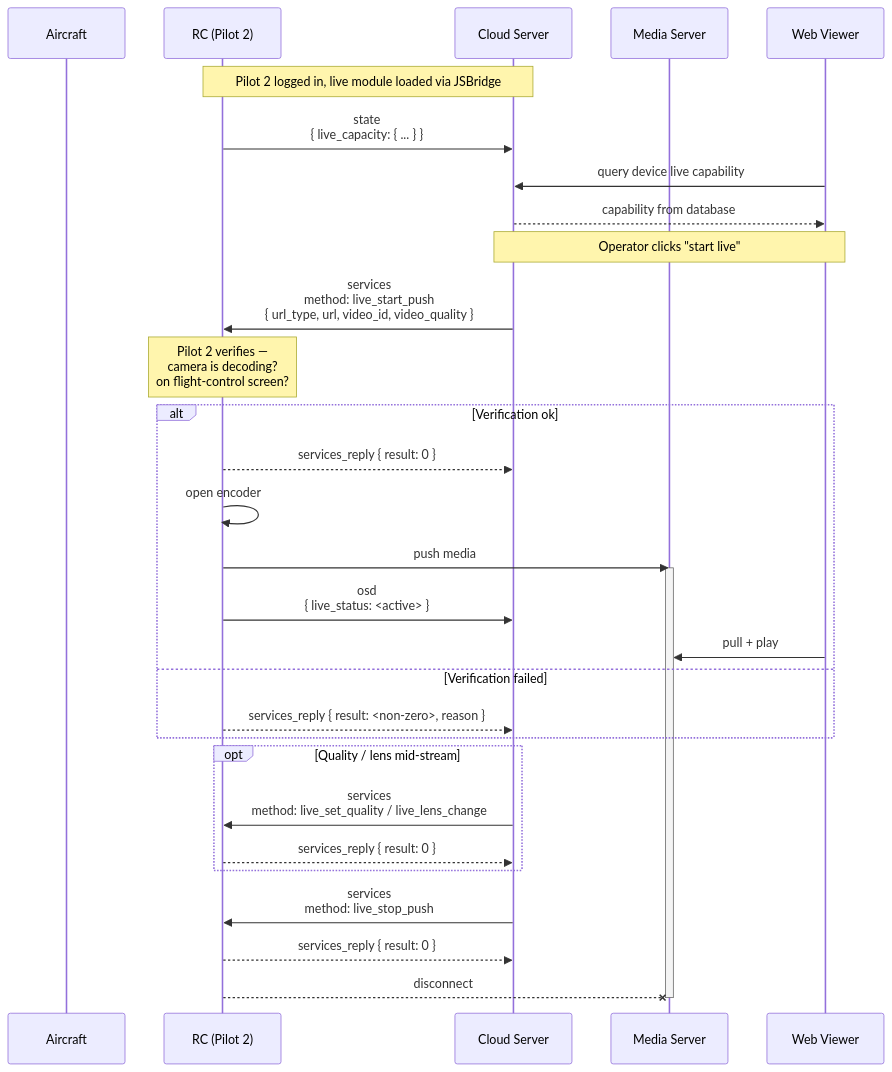
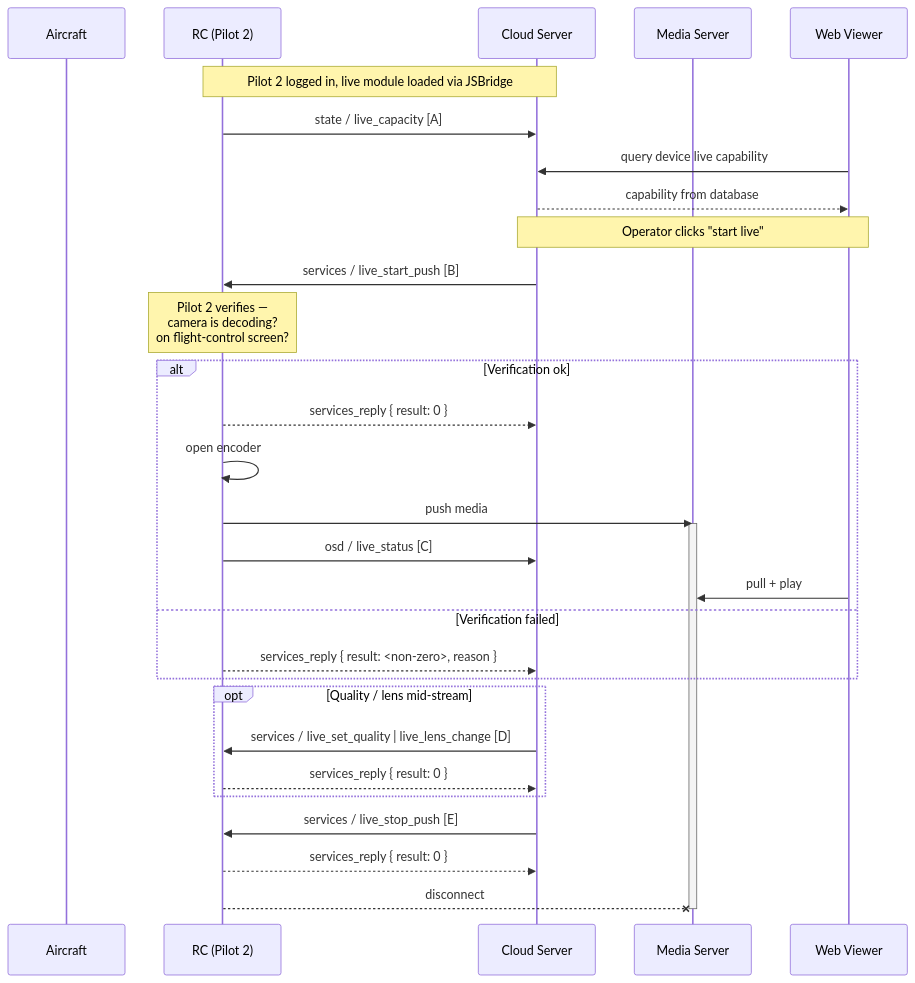
The second of 3 diagrams in master-docs/workflows/livestream-start-stop.md (larry-watkins-wps/DJI-docs-master), drawn with Mermaid before and after one commit. The commit also changed other lines of this file and 10 other files, not shown here.

First line of the commit message:
docs: beautify workflow mermaid diagrams with separate JSON payload blocks

````diff
--- a/master-docs/workflows/livestream-start-stop.md
+++ b/master-docs/workflows/livestream-start-stop.md
@@ -89,39 +217,39 @@
 ```mermaid
 sequenceDiagram
     participant aircraft as Aircraft
     participant rc as RC (Pilot 2)
     participant cloud as Cloud Server
     participant media as Media Server
     participant web as Web Viewer
 
     note over rc,cloud: Pilot 2 logged in, live module loaded via JSBridge
-    rc ->> cloud: state<br/>{ live_capacity: { ... } }
+    rc ->> cloud: state / live_capacity   [A]
 
     web ->> cloud: query device live capability
     cloud -->> web: capability from database
 
     note over web,cloud: Operator clicks "start live"
-    cloud ->> rc: services<br/>method: live_start_push<br/>{ url_type, url, video_id, video_quality }
+    cloud ->> rc: services / live_start_push   [B]
     note over rc: Pilot 2 verifies —<br/>camera is decoding?<br/>on flight-control screen?
 
     alt Verification ok
         rc -->> cloud: services_reply { result: 0 }
         rc ->> rc: open encoder
         rc ->> media: push media
         activate media
-        rc ->> cloud: osd<br/>{ live_status: <active> }
+        rc ->> cloud: osd / live_status   [C]
         web ->> media: pull + play
     else Verification failed
         rc -->> cloud: services_reply { result: <non-zero>, reason }
     end
 
     opt Quality / lens mid-stream
-        cloud ->> rc: services<br/>method: live_set_quality / live_lens_change
+        cloud ->> rc: services / live_set_quality | live_lens_change   [D]
         rc -->> cloud: services_reply { result: 0 }
     end
 
-    cloud ->> rc: services<br/>method: live_stop_push
+    cloud ->> rc: services / live_stop_push   [E]
     rc -->> cloud: services_reply { result: 0 }
     rc --x media: disconnect
     deactivate media
 ```
````
